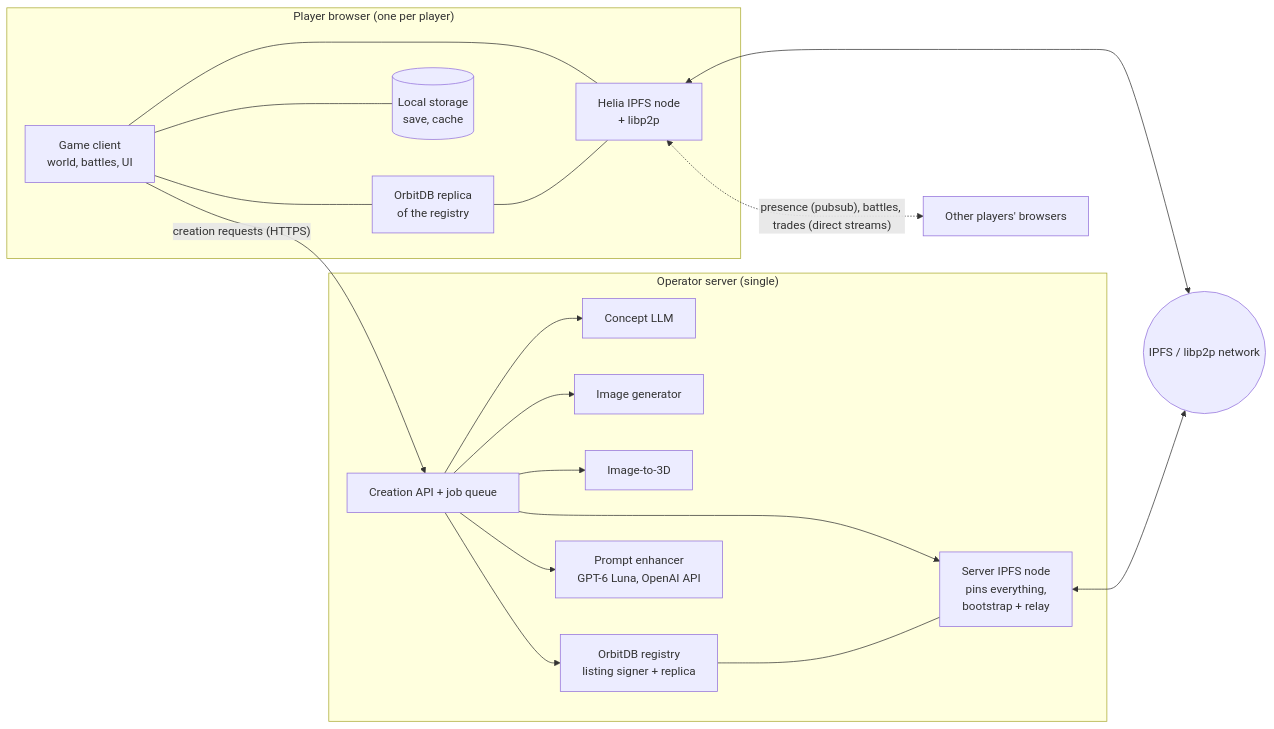
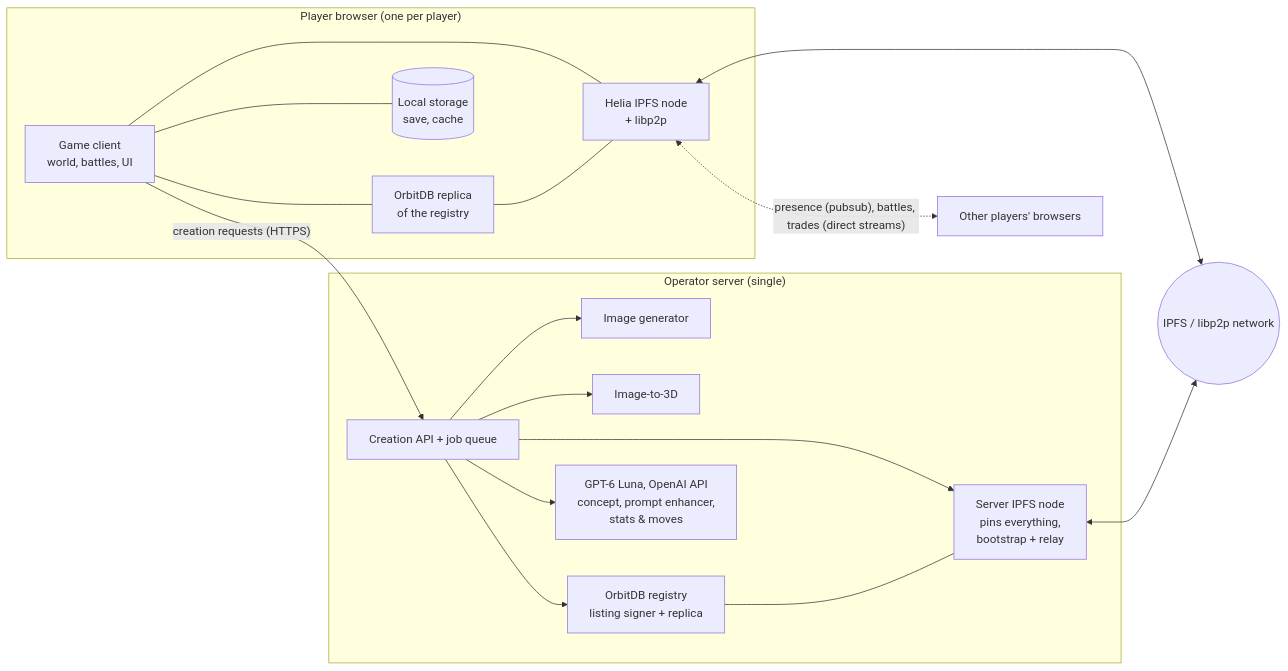
One commit to markusklock/peerling-spec changed the diagram in wiki/tech/architecture.md. Above: the diagram before and after it, drawn with Mermaid. The commit also changed other lines of this file and 12 other files, not shown here.

First line of the commit message:
No self-hosted LLM: GPT-6 Luna for concept, prompt enhancer, stats and moves

````diff
--- a/wiki/tech/architecture.md
+++ b/wiki/tech/architecture.md
@@ -36,32 +37,31 @@
 ```mermaid
 flowchart LR
   subgraph Browser["Player browser (one per player)"]
     G[Game client<br/>world, battles, UI]
     H[Helia IPFS node<br/>+ libp2p]
     O[OrbitDB replica<br/>of the registry]
     L[(Local storage<br/>save, cache)]
     G --- H
     G --- O
     G --- L
     O --- H
   end
   subgraph Server["Operator server (single)"]
     API[Creation API + job queue]
-    LLM[Concept LLM]
     IMG[Image generator]
     T3D[Image-to-3D]
     SN[Server IPFS node<br/>pins everything,<br/>bootstrap + relay]
     SO[OrbitDB registry<br/>listing signer + replica]
-    API --> LLM & IMG & T3D
-    API --> PE
+    API --> IMG & T3D
+    API --> LUNA
     API --> SN
     API --> SO
     SO --- SN
   end
-  PE[Prompt enhancer<br/>GPT-6 Luna, OpenAI API]
+  LUNA[GPT-6 Luna, OpenAI API<br/>concept, prompt enhancer,<br/>stats & moves]
   NET((IPFS / libp2p network))
   H <--> NET
   SN <--> NET
   H <-. "presence (pubsub), battles, trades (direct streams)" .-> OtherPlayers[Other players' browsers]
   G -- "creation requests (HTTPS)" --> API
 ```
````
